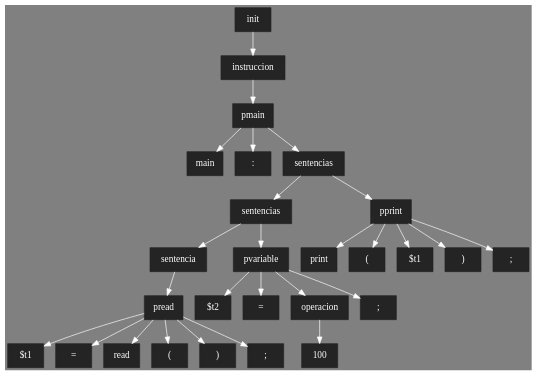
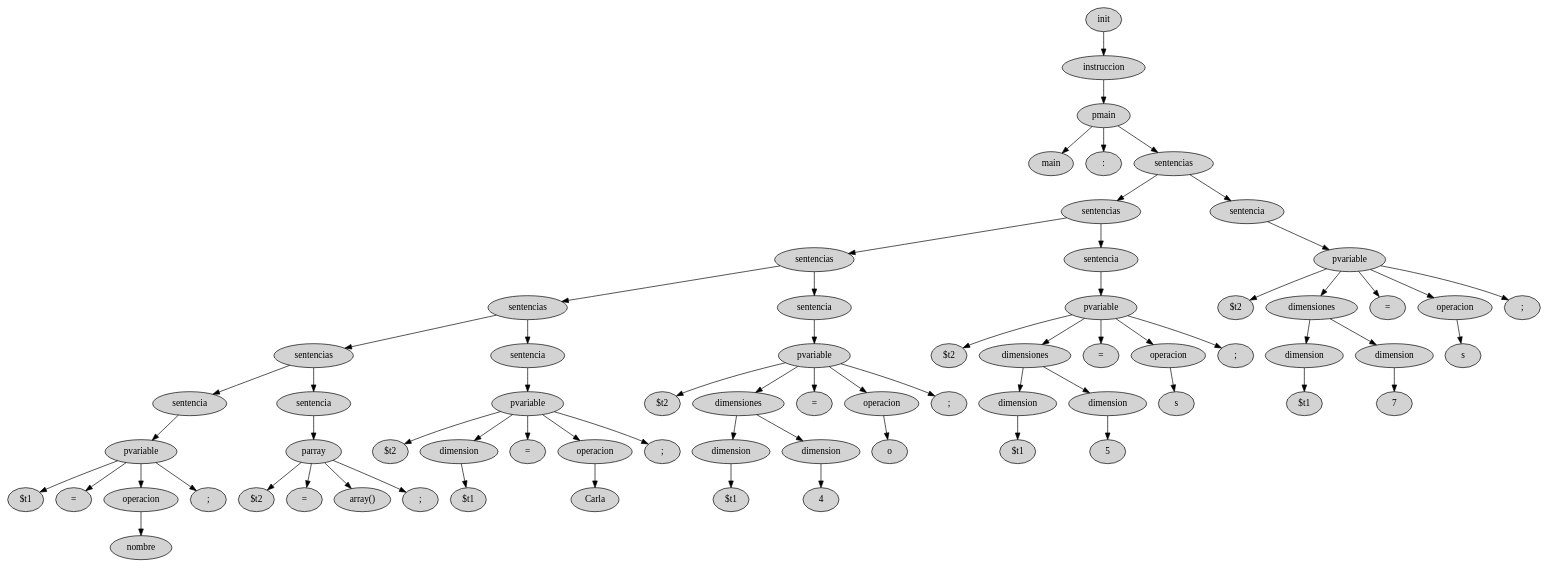
One commit to AndreeAvalos/OLC2-AUGUS changed the diagram in ASPAscendente.dot. Above: the diagram before and after it, drawn with Graphviz. The commit also changed 12 other files, not shown here.

```diff
--- a/ASPAscendente.dot
+++ b/ASPAscendente.dot
@@ -1,60 +1,138 @@
-digraph{ bgcolor = gray 
- node[fontcolor = white, height = 0.5, color = white] 
- [shape=box, style=filled, color=gray14] 
- rankdir=UD 
- edge[color=white, dir=fordware]
-27[style = "filled" ; label = "init"] 
-26[style = "filled" ; label = "instruccion"] 
-23[style = "filled" ; label = "pmain"] 
-24[style = "filled" ; label = "main"] 
-25[style = "filled" ; label = ":"] 
-22[style = "filled" ; label = "sentencias"] 
-15[style = "filled" ; label = "sentencias"] 
-8[style = "filled" ; label = "sentencia"] 
-1[style = "filled" ; label = "pread"] 
-2[style = "filled" ; label = "$t1"] 
-3[style = "filled" ; label = "="] 
-4[style = "filled" ; label = "read"] 
-5[style = "filled" ; label = "("] 
-6[style = "filled" ; label = ")"] 
-7[style = "filled" ; label = ";"] 
-11[style = "filled" ; label = "pvariable"] 
-12[style = "filled" ; label = "$t2"] 
-13[style = "filled" ; label = "="] 
-10[style = "filled" ; label = "operacion"] 
-9[style = "filled" ; label = "100"] 
-14[style = "filled" ; label = ";"] 
-16[style = "filled" ; label = "pprint"] 
-17[style = "filled" ; label = "print"] 
-18[style = "filled" ; label = "("] 
-19[style = "filled" ; label = "$t1"] 
-20[style = "filled" ; label = ")"] 
-21[style = "filled" ; label = ";"] 
-27->26;
-26->23;
-23->24;
-23->25;
-23->22;
-22->15;
-15->8;
-8->1;
-1->2;
-1->3;
-1->4;
-1->5;
-1->6;
-1->7;
-15->11;
-11->12;
-11->13;
-11->10;
-10->9;
-11->14;
-22->16;
-16->17;
-16->18;
-16->19;
-16->20;
-16->21;
+digraph{ 
+68[style = "filled" ; label = "init"] 
+67[style = "filled" ; label = "instruccion"] 
+64[style = "filled" ; label = "pmain"] 
+65[style = "filled" ; label = "main"] 
+66[style = "filled" ; label = ":"] 
+63[style = "filled" ; label = "sentencias"] 
+50[style = "filled" ; label = "sentencias"] 
+37[style = "filled" ; label = "sentencias"] 
+24[style = "filled" ; label = "sentencias"] 
+14[style = "filled" ; label = "sentencias"] 
+7[style = "filled" ; label = "sentencia"] 
+3[style = "filled" ; label = "pvariable"] 
+4[style = "filled" ; label = "$t1"] 
+5[style = "filled" ; label = "="] 
+2[style = "filled" ; label = "operacion"] 
+1[style = "filled" ; label = "nombre"] 
+6[style = "filled" ; label = ";"] 
+13[style = "filled" ; label = "sentencia"] 
+8[style = "filled" ; label = "parray"] 
+9[style = "filled" ; label = "$t2"] 
+10[style = "filled" ; label = "="] 
+11[style = "filled" ; label = "array()"] 
+12[style = "filled" ; label = ";"] 
+23[style = "filled" ; label = "sentencia"] 
+19[style = "filled" ; label = "pvariable"] 
+20[style = "filled" ; label = "$t2"] 
+16[style = "filled" ; label = "dimension"] 
+15[style = "filled" ; label = "$t1"] 
+21[style = "filled" ; label = "="] 
+18[style = "filled" ; label = "operacion"] 
+17[style = "filled" ; label = "Carla"] 
+22[style = "filled" ; label = ";"] 
+36[style = "filled" ; label = "sentencia"] 
+32[style = "filled" ; label = "pvariable"] 
+33[style = "filled" ; label = "$t2"] 
+29[style = "filled" ; label = "dimensiones"] 
+26[style = "filled" ; label = "dimension"] 
+25[style = "filled" ; label = "$t1"] 
+28[style = "filled" ; label = "dimension"] 
+27[style = "filled" ; label = "4"] 
+34[style = "filled" ; label = "="] 
+31[style = "filled" ; label = "operacion"] 
+30[style = "filled" ; label = "o"] 
+35[style = "filled" ; label = ";"] 
+49[style = "filled" ; label = "sentencia"] 
+45[style = "filled" ; label = "pvariable"] 
+46[style = "filled" ; label = "$t2"] 
+42[style = "filled" ; label = "dimensiones"] 
+39[style = "filled" ; label = "dimension"] 
+38[style = "filled" ; label = "$t1"] 
+41[style = "filled" ; label = "dimension"] 
+40[style = "filled" ; label = "5"] 
+47[style = "filled" ; label = "="] 
+44[style = "filled" ; label = "operacion"] 
+43[style = "filled" ; label = "s"] 
+48[style = "filled" ; label = ";"] 
+62[style = "filled" ; label = "sentencia"] 
+58[style = "filled" ; label = "pvariable"] 
+59[style = "filled" ; label = "$t2"] 
+55[style = "filled" ; label = "dimensiones"] 
+52[style = "filled" ; label = "dimension"] 
+51[style = "filled" ; label = "$t1"] 
+54[style = "filled" ; label = "dimension"] 
+53[style = "filled" ; label = "7"] 
+60[style = "filled" ; label = "="] 
+57[style = "filled" ; label = "operacion"] 
+56[style = "filled" ; label = "s"] 
+61[style = "filled" ; label = ";"] 
+68->67;
+67->64;
+64->65;
+64->66;
+64->63;
+63->50;
+50->37;
+37->24;
+24->14;
+14->7;
+7->3;
+3->4;
+3->5;
+3->2;
+2->1;
+3->6;
+14->13;
+13->8;
+8->9;
+8->10;
+8->11;
+8->12;
+24->23;
+23->19;
+19->20;
+19->16;
+16->15;
+19->21;
+19->18;
+18->17;
+19->22;
+37->36;
+36->32;
+32->33;
+32->29;
+29->26;
+26->25;
+29->28;
+28->27;
+32->34;
+32->31;
+31->30;
+32->35;
+50->49;
+49->45;
+45->46;
+45->42;
+42->39;
+39->38;
+42->41;
+41->40;
+45->47;
+45->44;
+44->43;
+45->48;
+63->62;
+62->58;
+58->59;
+58->55;
+55->52;
+52->51;
+55->54;
+54->53;
+58->60;
+58->57;
+57->56;
+58->61;
 
 }
```
